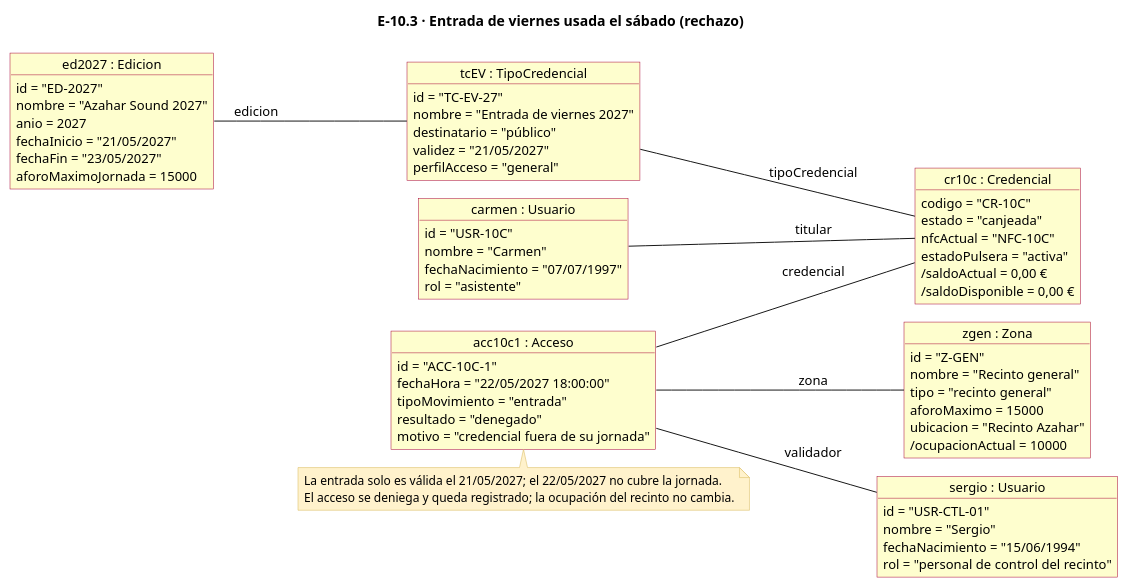
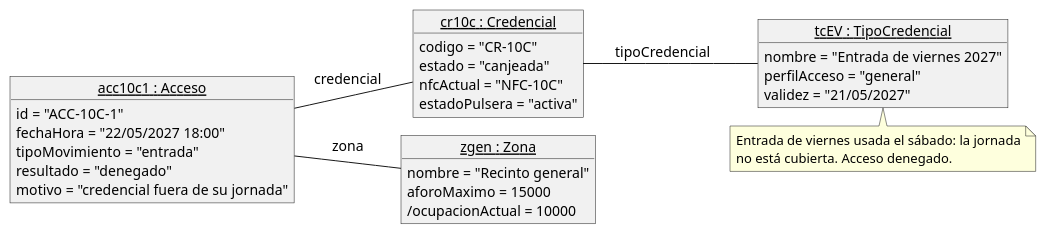
Before and after one commit to Antmungar2/proyecto-curso-iissi1-2026-antmungar2: the diagram in docs/diagramas/escenarios/e10-3.puml, drawn with PlantUML. The commit also changed 30 other files, not shown here.

Commit message:
E2: simplificar diagramas de R.N.10 y R.N.11 al estilo de Darya

```diff
--- a/docs/diagramas/escenarios/e10-3.puml
+++ b/docs/diagramas/escenarios/e10-3.puml
@@ -1,84 +1,54 @@
 @startuml
 !pragma layout smetana
-title E-10.3 · Entrada de viernes usada el sábado (rechazo)
 hide empty members
-left to right direction
 skinparam backgroundColor #FFFFFF
+skinparam shadowing false
 skinparam defaultFontName Helvetica
-skinparam defaultFontSize 13
+skinparam defaultFontSize 14
 skinparam object {
-  BackgroundColor #FEFECE
-  BorderColor #A80036
+  BackgroundColor #F1F1F1
+  BorderColor #181818
+  FontSize 14
+}
+skinparam note {
+  BackgroundColor #FEFFDD
+  BorderColor #181818
   FontSize 13
 }
-skinparam note {
-  BackgroundColor #FFF2CC
-  BorderColor #D6B656
-  FontSize 12
-}
 skinparam nodesep 30
-skinparam ranksep 30
+skinparam ranksep 35
+left to right direction
 
-object "ed2027 : Edicion" as ed2027 {
-  id = "ED-2027"
-  nombre = "Azahar Sound 2027"
-  anio = 2027
-  fechaInicio = "21/05/2027"
-  fechaFin = "23/05/2027"
-  aforoMaximoJornada = 15000
-}
-object "zgen : Zona" as zgen {
-  id = "Z-GEN"
-  nombre = "Recinto general"
-  tipo = "recinto general"
-  aforoMaximo = 15000
-  ubicacion = "Recinto Azahar"
-  /ocupacionActual = 10000
-}
-object "tcEV : TipoCredencial" as tcEV {
-  id = "TC-EV-27"
-  nombre = "Entrada de viernes 2027"
-  destinatario = "público"
-  validez = "21/05/2027"
-  perfilAcceso = "general"
-}
-object "carmen : Usuario" as carmen {
-  id = "USR-10C"
-  nombre = "Carmen"
-  fechaNacimiento = "07/07/1997"
-  rol = "asistente"
-}
-object "cr10c : Credencial" as cr10c {
+object "<u>cr10c : Credencial</u>" as cr10c {
   codigo = "CR-10C"
   estado = "canjeada"
   nfcActual = "NFC-10C"
   estadoPulsera = "activa"
-  /saldoActual = 0,00 €
-  /saldoDisponible = 0,00 €
 }
-object "sergio : Usuario" as sergio {
-  id = "USR-CTL-01"
-  nombre = "Sergio"
-  fechaNacimiento = "15/06/1994"
-  rol = "personal de control del recinto"
+object "<u>tcEV : TipoCredencial</u>" as tcEV {
+  nombre = "Entrada de viernes 2027"
+  perfilAcceso = "general"
+  validez = "21/05/2027"
 }
-object "acc10c1 : Acceso" as acc10c1 {
+object "<u>zgen : Zona</u>" as zgen {
+  nombre = "Recinto general"
+  aforoMaximo = 15000
+  /ocupacionActual = 10000
+}
+object "<u>acc10c1 : Acceso</u>" as acc10c1 {
   id = "ACC-10C-1"
-  fechaHora = "22/05/2027 18:00:00"
+  fechaHora = "22/05/2027 18:00"
   tipoMovimiento = "entrada"
   resultado = "denegado"
   motivo = "credencial fuera de su jornada"
 }
 
-ed2027 -- tcEV : edicion
-tcEV -- cr10c : tipoCredencial
-carmen -- cr10c : titular
+cr10c -- tcEV : tipoCredencial
 acc10c1 -- cr10c : credencial
 acc10c1 -- zgen : zona
-acc10c1 -- sergio : validador
 
-note bottom of acc10c1
-La entrada solo es válida el 21/05/2027; el 22/05/2027 no cubre la jornada.
-El acceso se deniega y queda registrado; la ocupación del recinto no cambia.
+note bottom of tcEV
+Entrada de viernes usada el sábado: la jornada
+no está cubierta. Acceso denegado.
 end note
 @enduml
```
